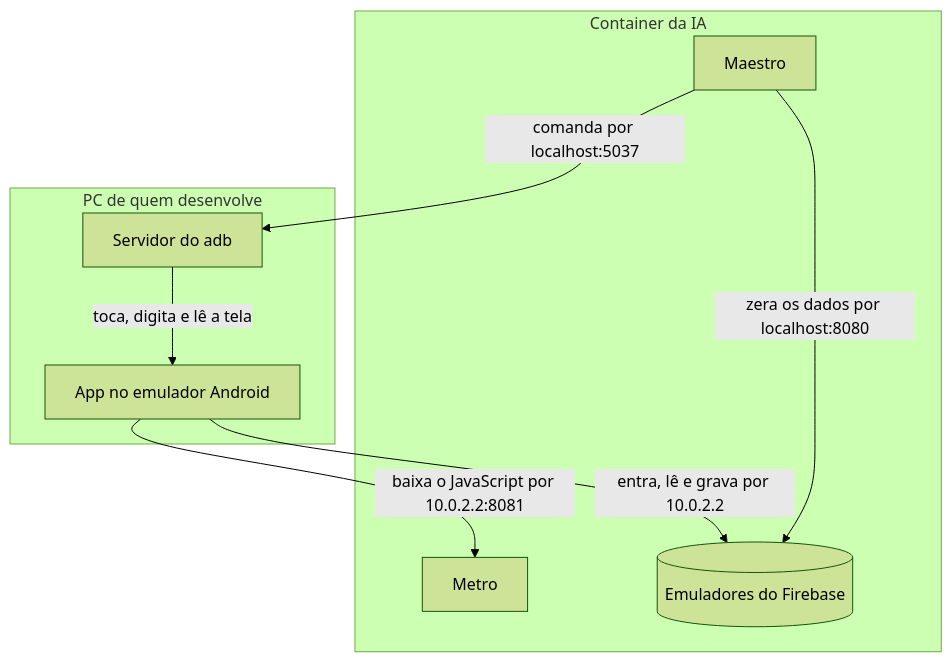
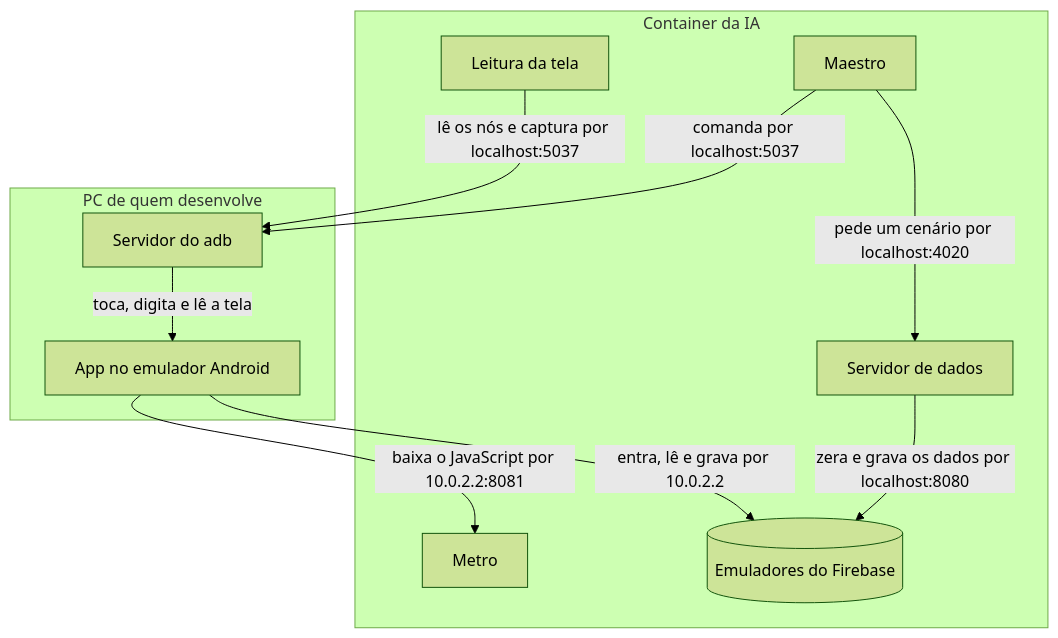
Before and after one commit to 6aleatorio6/livro-caixa: the first of 2 diagrams in docs/05-arquitetura/02-jornadas-de-teste.md, drawn with Mermaid (forest theme). The commit also changed other lines of this file and 35 other files, not shown here.

First line of the commit message:
chore: jornadas pela CLI e pelo adb, com os dados num servidor em TypeScript

````diff
--- a/docs/05-arquitetura/02-jornadas-de-teste.md
+++ b/docs/05-arquitetura/02-jornadas-de-teste.md
@@ -15,18 +15,22 @@
 ```mermaid
 flowchart TD
   accTitle: Onde rodam as peças das jornadas
   subgraph container["Container da IA"]
     maestro["Maestro"]
+    data["Servidor de dados"]
+    inspect["Leitura da tela"]
     metro["Metro"]
     firebase[("Emuladores do Firebase")]
   end
   subgraph pc["PC de quem desenvolve"]
     adb["Servidor do adb"]
     app["App no emulador Android"]
   end
   maestro -->|"comanda por localhost:5037"| adb
+  inspect -->|"lê os nós e captura por localhost:5037"| adb
   adb -->|"toca, digita e lê a tela"| app
-  maestro -->|"zera os dados por localhost:8080"| firebase
+  maestro -->|"pede um cenário por localhost:4020"| data
+  data -->|"zera e grava os dados por localhost:8080"| firebase
   app -->|"baixa o JavaScript por 10.0.2.2:8081"| metro
   app -->|"entra, lê e grava por 10.0.2.2"| firebase
 ```
````
